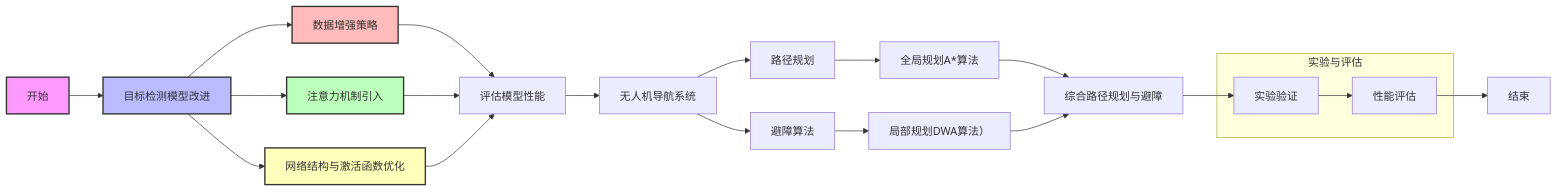
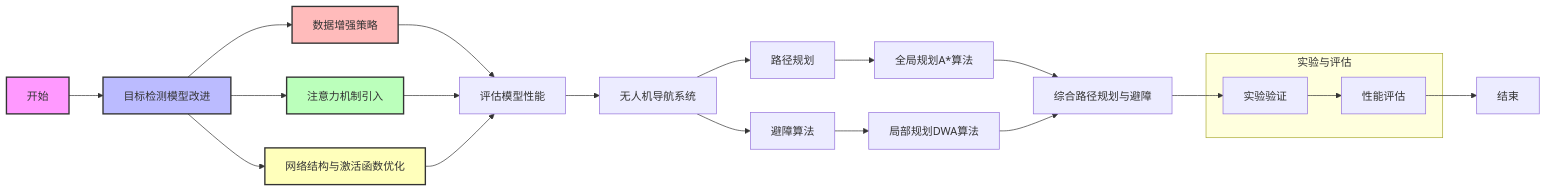
The diagram in all/未命名-1.md (1831380633/iodraw-files), drawn with Mermaid before and after one commit.

Commit message:
2024-12-18 14:26:50 update

````diff
--- a/all/未命名-1.md
+++ b/all/未命名-1.md
@@ -1,32 +1,32 @@
 ```mermaid
 graph LR
     style A fill:#f9f,stroke:#333,stroke-width:2px
     style B fill:#bbf,stroke:#333,stroke-width:2px
     style C fill:#fbb,stroke:#333,stroke-width:2px
     style D fill:#bfb,stroke:#333,stroke-width:2px
     style E fill:#ffb,stroke:#333,stroke-width:2px
 
     A[开始] --> B[目标检测模型改进]
     B --> C[数据增强策略]
     B --> D[注意力机制引入]
     B --> E[网络结构与激活函数优化]
     C --> F[评估模型性能]
     D --> F
     E --> F
     F --> G[无人机导航系统]
     G --> H[路径规划]
     G --> I[避障算法]
     H --> J[全局规划A*算法]
-    I --> K[局部规划DWA算法）]
+    I --> K[局部规划DWA算法]
     J --> L[综合路径规划与避障]
     K --> L
     L --> M[实验验证]
     M --> N[性能评估]
     N --> O[结束]
 
     subgraph 实验与评估
         M
         N
     end
 
 ```
````
